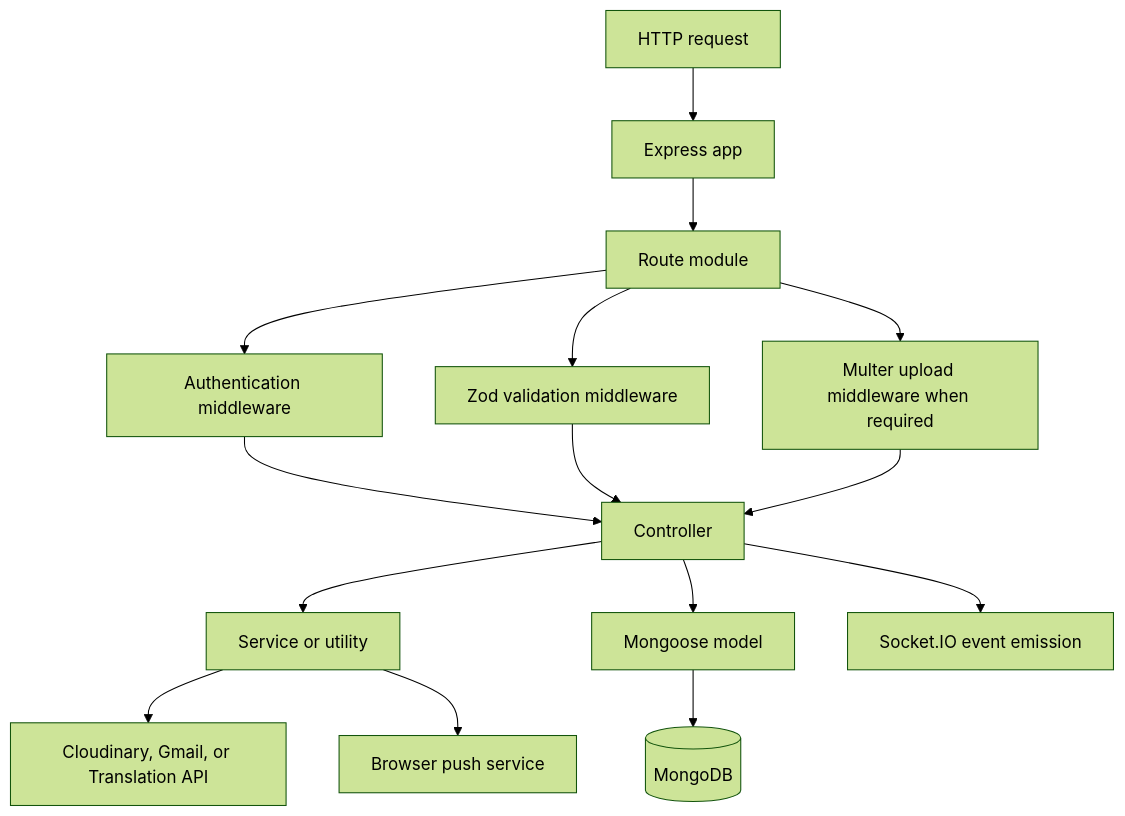
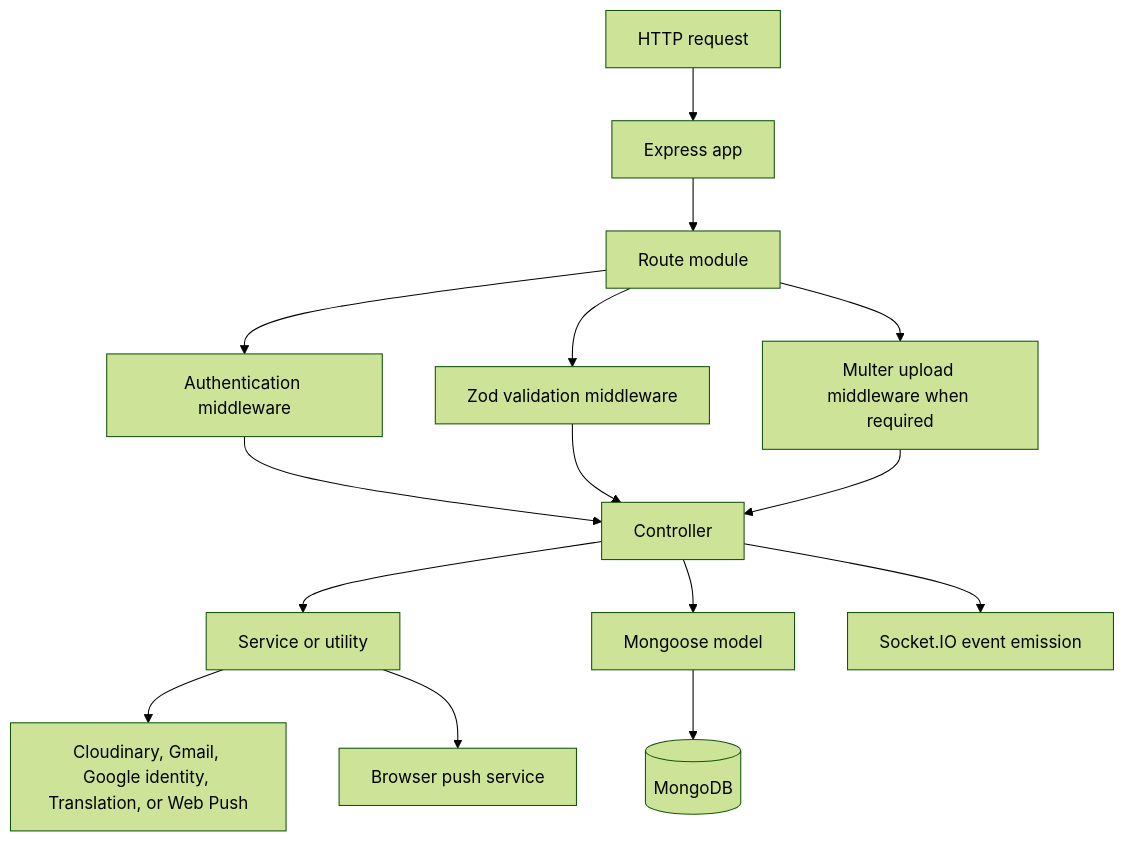
The third of 7 diagrams in docs/02-system-architecture.md (Saurav11343/click-chat), drawn with Mermaid (forest theme) before and after one commit. The commit also changed other lines of this file and 11 other files, not shown here.

Commit message:
update diagrams

````diff
--- a/docs/02-system-architecture.md
+++ b/docs/02-system-architecture.md
@@ -83,17 +86,17 @@
 ```mermaid
 flowchart TD
     REQ["HTTP request"] --> APP["Express app"]
     APP --> ROUTE["Route module"]
     ROUTE --> AUTH["Authentication middleware"]
     ROUTE --> VAL["Zod validation middleware"]
     ROUTE --> UP["Multer upload middleware when required"]
     AUTH --> CTRL["Controller"]
     VAL --> CTRL
     UP --> CTRL
     CTRL --> SERVICE["Service or utility"]
     CTRL --> MODEL["Mongoose model"]
-    SERVICE --> EXT["Cloudinary, Gmail, or Translation API"]
+    SERVICE --> EXT["Cloudinary, Gmail, Google identity, Translation, or Web Push"]
     SERVICE --> PUSH["Browser push service"]
     MODEL --> DB[("MongoDB")]
     CTRL --> SOCKET["Socket.IO event emission"]
 ```
````
